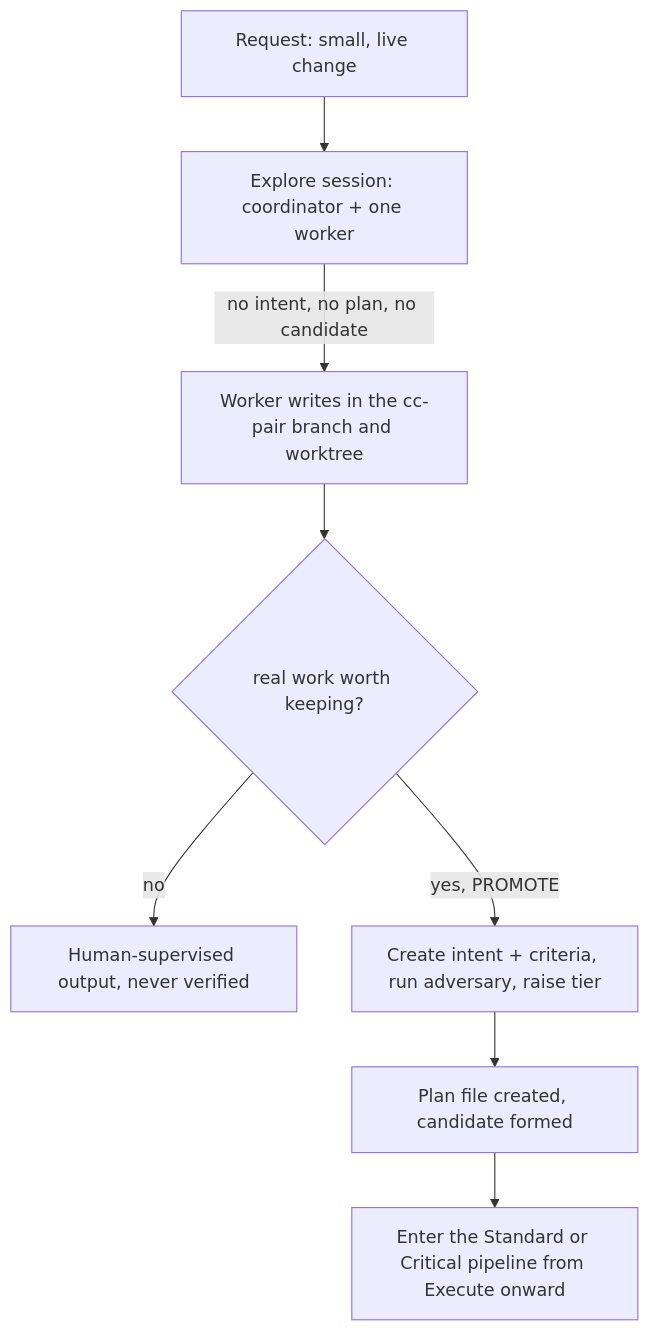
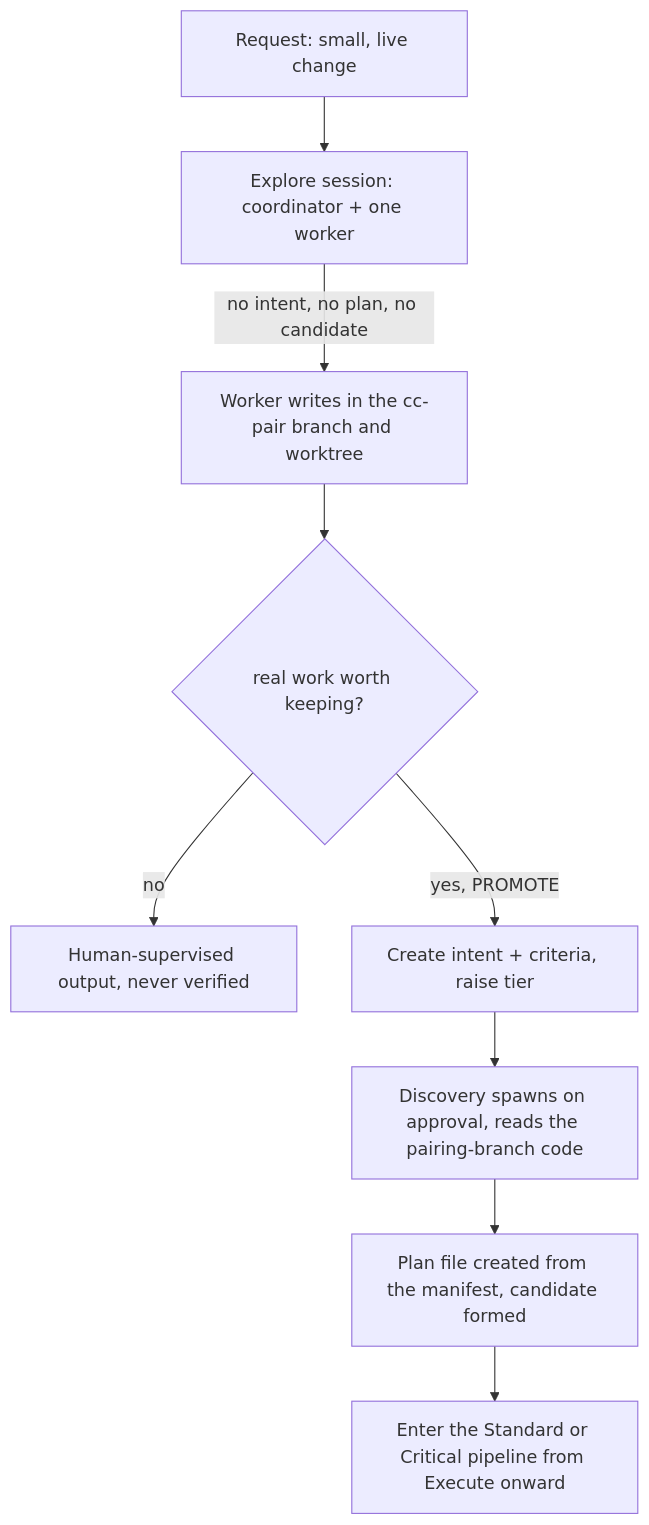
Before and after one commit to kaotypr/context-circuit-source: the second of 7 diagrams in sources/context-circuit-v1.0/diagrams.md, drawn with Mermaid. The commit also changed other lines of this file and 22 other files, not shown here.

First line of the commit message:
docs(sources): refactor v1.0 study around a discovery phase, dropping the spec adversary

````diff
--- a/sources/context-circuit-v1.0/diagrams.md
+++ b/sources/context-circuit-v1.0/diagrams.md
@@ -46,10 +60,11 @@
 ```mermaid
 flowchart TD
     R[Request: small, live change] --> EX[Explore session: coordinator + one worker]
     EX -->|no intent, no plan, no candidate| WRK[Worker writes in the cc-pair branch and worktree]
     WRK --> Q{real work worth keeping?}
     Q -->|no| ENDS[Human-supervised output, never verified]
-    Q -->|yes, PROMOTE| ATT[Create intent + criteria, run adversary, raise tier]
-    ATT --> MADE[Plan file created, candidate formed]
+    Q -->|yes, PROMOTE| ATT[Create intent + criteria, raise tier]
+    ATT --> DISC[Discovery spawns on approval, reads the pairing-branch code]
+    DISC --> MADE[Plan file created from the manifest, candidate formed]
     MADE --> STD[Enter the Standard or Critical pipeline from Execute onward]
 ```
````
